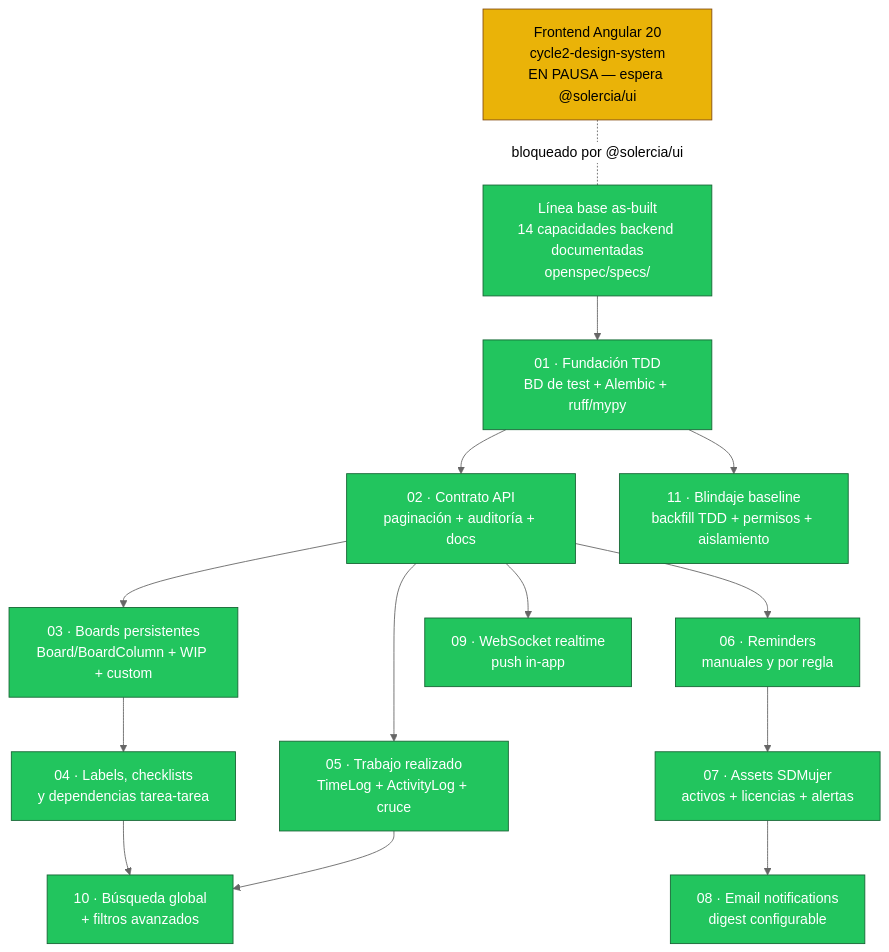
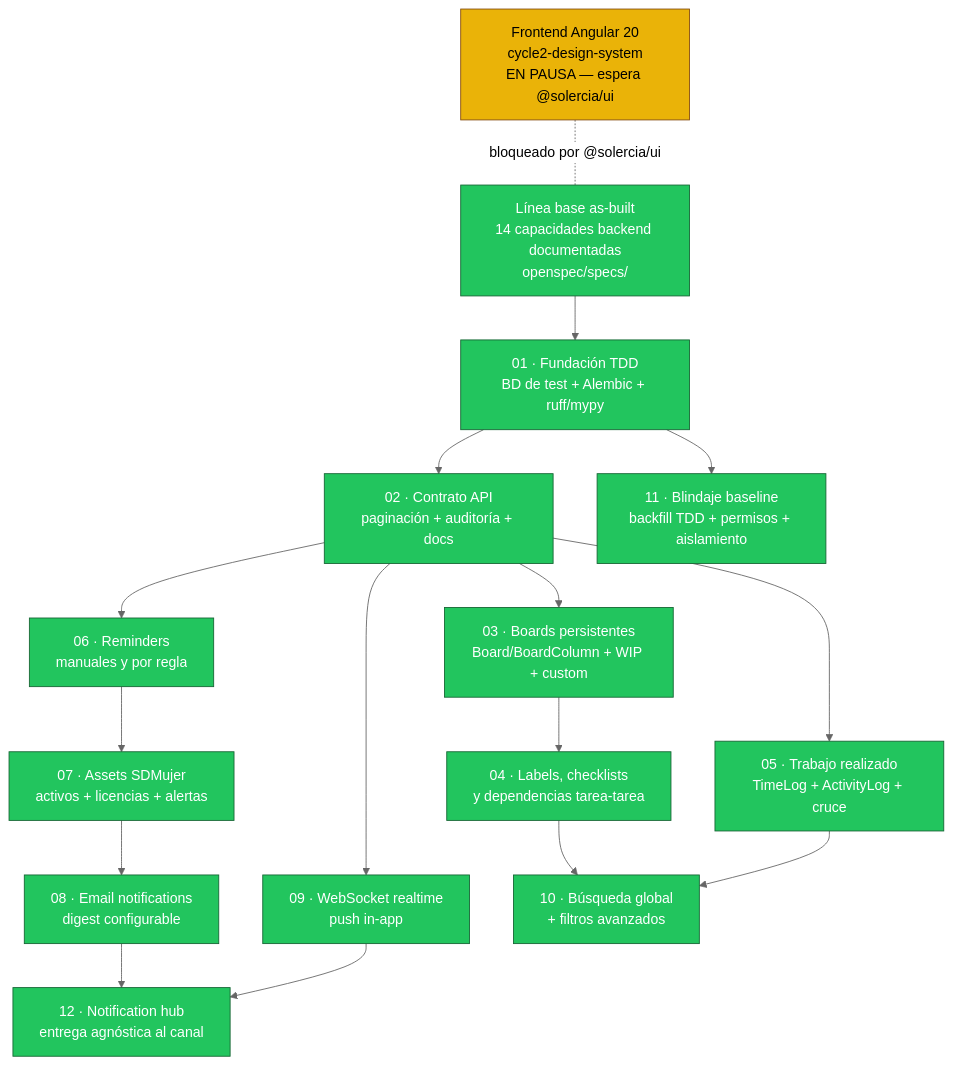
Before and after one commit to solercia-solutions/solercia-command: the diagram in openspec/AVANCE.md, drawn with Mermaid (neutral theme). The commit also changed other lines of this file and 16 other files, not shown here.

Commit message:
docs(sdd): archivar 12-notification-hub — hub de entregas agnóstico al canal con auditoría (561 tests)

````diff
--- a/openspec/AVANCE.md
+++ b/openspec/AVANCE.md
@@ -9,48 +9,52 @@
 ```mermaid
 flowchart TD
     B0["Línea base as-built<br/>14 capacidades backend documentadas<br/>openspec/specs/"]
 
     C01["01 · Fundación TDD<br/>BD de test + Alembic + ruff/mypy"]
     C02["02 · Contrato API<br/>paginación + auditoría + docs"]
     C03["03 · Boards persistentes<br/>Board/BoardColumn + WIP + custom"]
     C04["04 · Labels, checklists<br/>y dependencias tarea-tarea"]
     C05["05 · Trabajo realizado<br/>TimeLog + ActivityLog + cruce"]
     C11["11 · Blindaje baseline<br/>backfill TDD + permisos + aislamiento"]
     C06["06 · Reminders<br/>manuales y por regla"]
     C07["07 · Assets SDMujer<br/>activos + licencias + alertas"]
     C08["08 · Email notifications<br/>digest configurable"]
     C09["09 · WebSocket realtime<br/>push in-app"]
     C10["10 · Búsqueda global<br/>+ filtros avanzados"]
+    C12["12 · Notification hub<br/>entrega agnóstica al canal"]
 
     FE["Frontend Angular 20<br/>cycle2-design-system<br/>EN PAUSA — espera @solercia/ui"]
 
     B0 --> C01
     C01 --> C02
     C01 --> C11
     C02 --> C03 --> C04
     C02 --> C05
     C02 --> C06 --> C07 --> C08
     C02 --> C09
     C04 --> C10
     C05 --> C10
+    C08 --> C12
+    C09 --> C12
 
     FE -.bloqueado por @solercia/ui.- B0
 
     class B0 done
     class C01 done
     class C02 done
     class C03 done
     class C04 done
     class C05 done
     class C06 done
     class C07 done
     class C08 done
     class C09 done
     class C10 done
     class C11 done
+    class C12 done
     class FE inprogress
 
     classDef done fill:#22c55e,stroke:#166534,color:#ffffff
     classDef inprogress fill:#eab308,stroke:#854d0e,color:#000000
     classDef pending fill:#9ca3af,stroke:#4b5563,color:#ffffff
 ```
````
